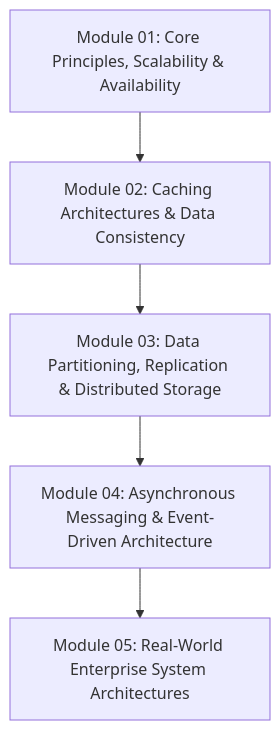
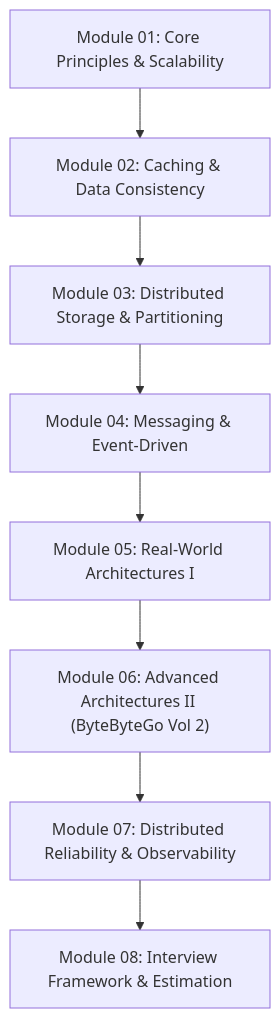
One commit to 161seconds/revision-document changed the diagram in system-design/README.md. Above: the diagram before and after it, drawn with Mermaid. The commit also changed other lines of this file, not shown here.

Commit message:
docs(system-design): update roadmap to 8 modules

````diff
--- a/system-design/README.md
+++ b/system-design/README.md
@@ -9,7 +9,10 @@
 ```mermaid
 graph TD
-    M1[Module 01: Core Principles, Scalability & Availability] --> M2[Module 02: Caching Architectures & Data Consistency]
-    M2 --> M3[Module 03: Data Partitioning, Replication & Distributed Storage]
-    M3 --> M4[Module 04: Asynchronous Messaging & Event-Driven Architecture]
-    M4 --> M5[Module 05: Real-World Enterprise System Architectures]
+    M1["Module 01: Core Principles & Scalability"] --> M2["Module 02: Caching & Data Consistency"]
+    M2 --> M3["Module 03: Distributed Storage & Partitioning"]
+    M3 --> M4["Module 04: Messaging & Event-Driven"]
+    M4 --> M5["Module 05: Real-World Architectures I"]
+    M5 --> M6["Module 06: Advanced Architectures II (ByteByteGo Vol 2)"]
+    M6 --> M7["Module 07: Distributed Reliability & Observability"]
+    M7 --> M8["Module 08: Interview Framework & Estimation"]
 ```
````
